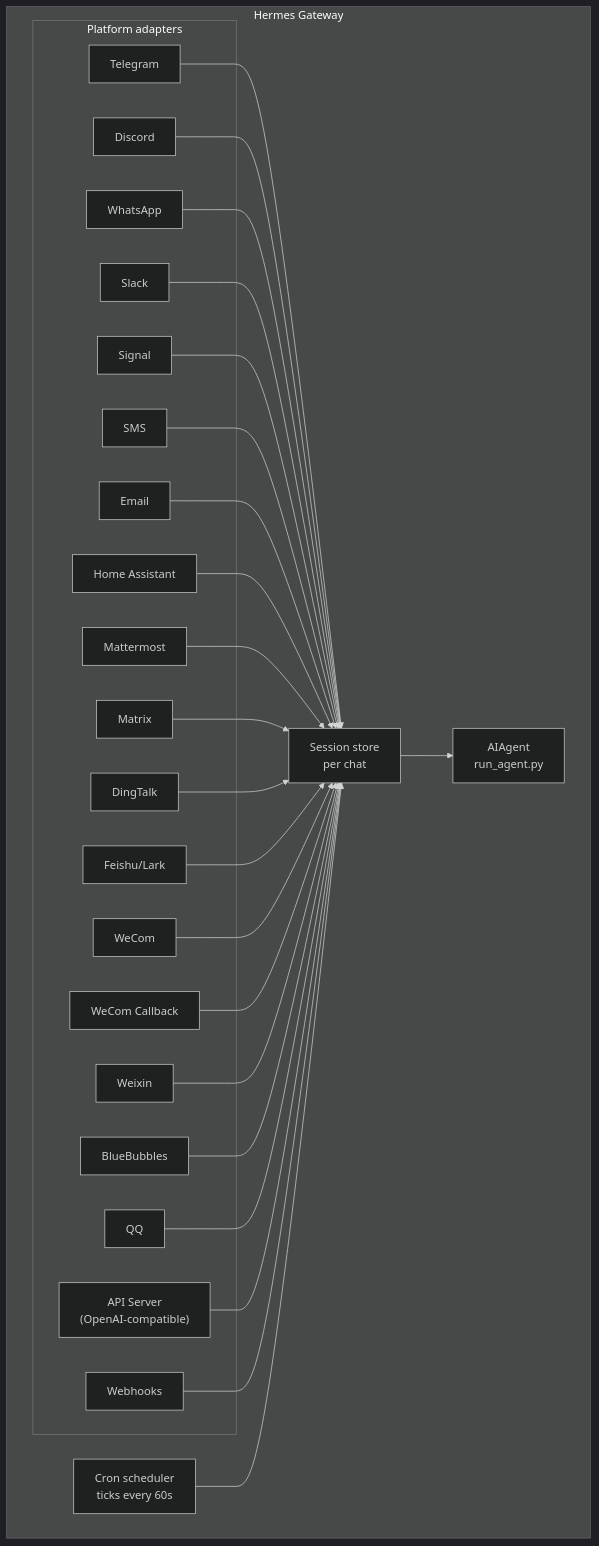
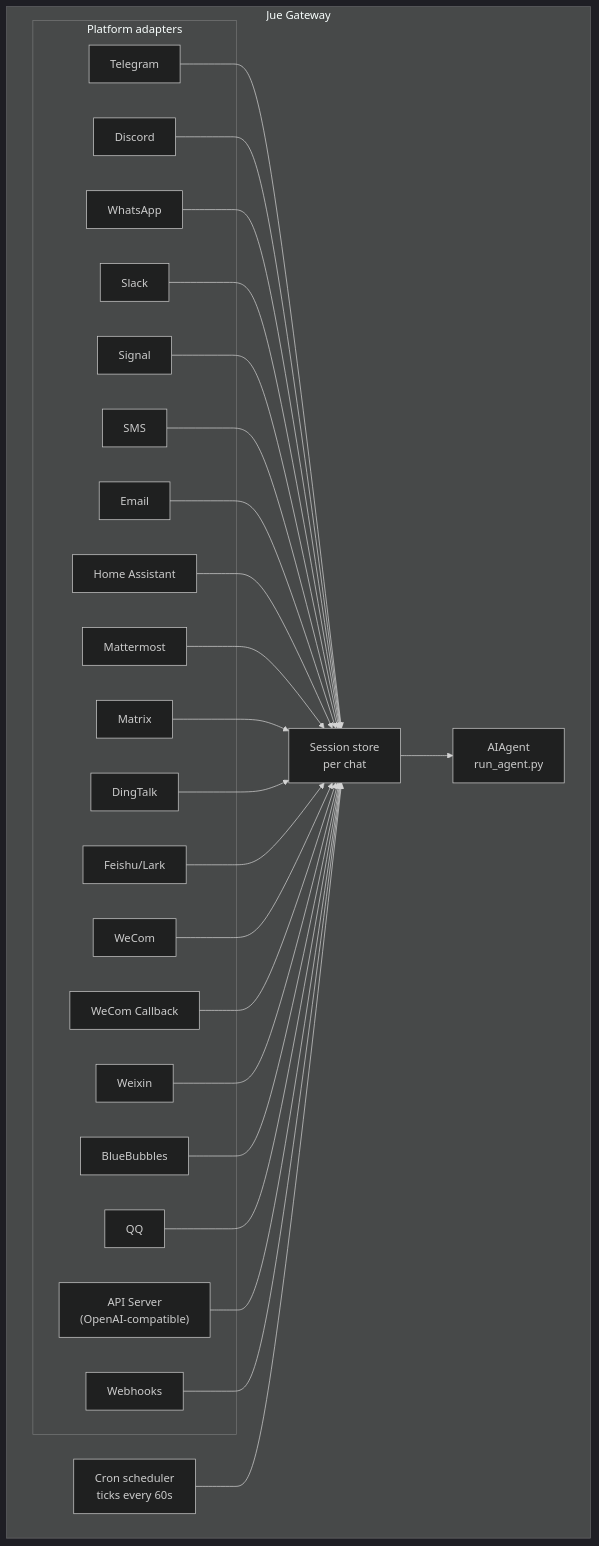
The diagram in website/docs/user-guide/messaging/index.md (miao339/jue-agent), drawn with Mermaid (dark theme) before and after one commit. The commit also changed other lines of this file and 1279 other files, not shown here.

First line of the commit message:
feat: Jue-Agent v0.10.0 - judgment-based agent framework fork from Hermes

````diff
--- a/website/docs/user-guide/messaging/index.md
+++ b/website/docs/user-guide/messaging/index.md
@@ -39,52 +39,52 @@
 ```mermaid
 flowchart TB
-    subgraph Gateway["Hermes Gateway"]
+    subgraph Gateway["Jue Gateway"]
         subgraph Adapters["Platform adapters"]
             tg[Telegram]
             dc[Discord]
             wa[WhatsApp]
             sl[Slack]
             sig[Signal]
             sms[SMS]
             em[Email]
             ha[Home Assistant]
             mm[Mattermost]
             mx[Matrix]
             dt[DingTalk]
     fs[Feishu/Lark]
     wc[WeCom]
     wcb[WeCom Callback]
     wx[Weixin]
     bb[BlueBubbles]
     qq[QQ]
             api["API Server<br/>(OpenAI-compatible)"]
             wh[Webhooks]
         end
 
         store["Session store<br/>per chat"]
         agent["AIAgent<br/>run_agent.py"]
         cron["Cron scheduler<br/>ticks every 60s"]
     end
 
     tg --> store
     dc --> store
     wa --> store
     sl --> store
     sig --> store
     sms --> store
     em --> store
     ha --> store
     mm --> store
     mx --> store
     dt --> store
     fs --> store
     wc --> store
     wcb --> store
     wx --> store
     bb --> store
     qq --> store
     api --> store
     wh --> store
     store --> agent
     cron --> store
 ```
````
